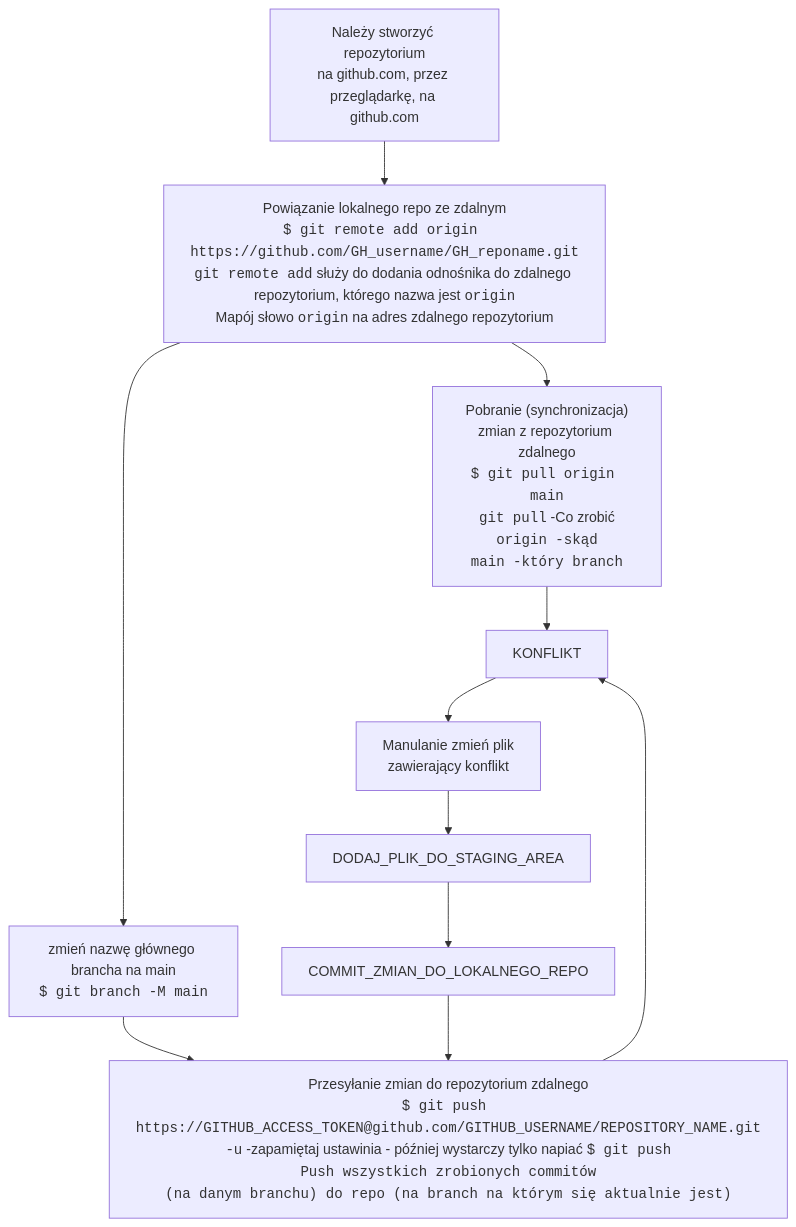
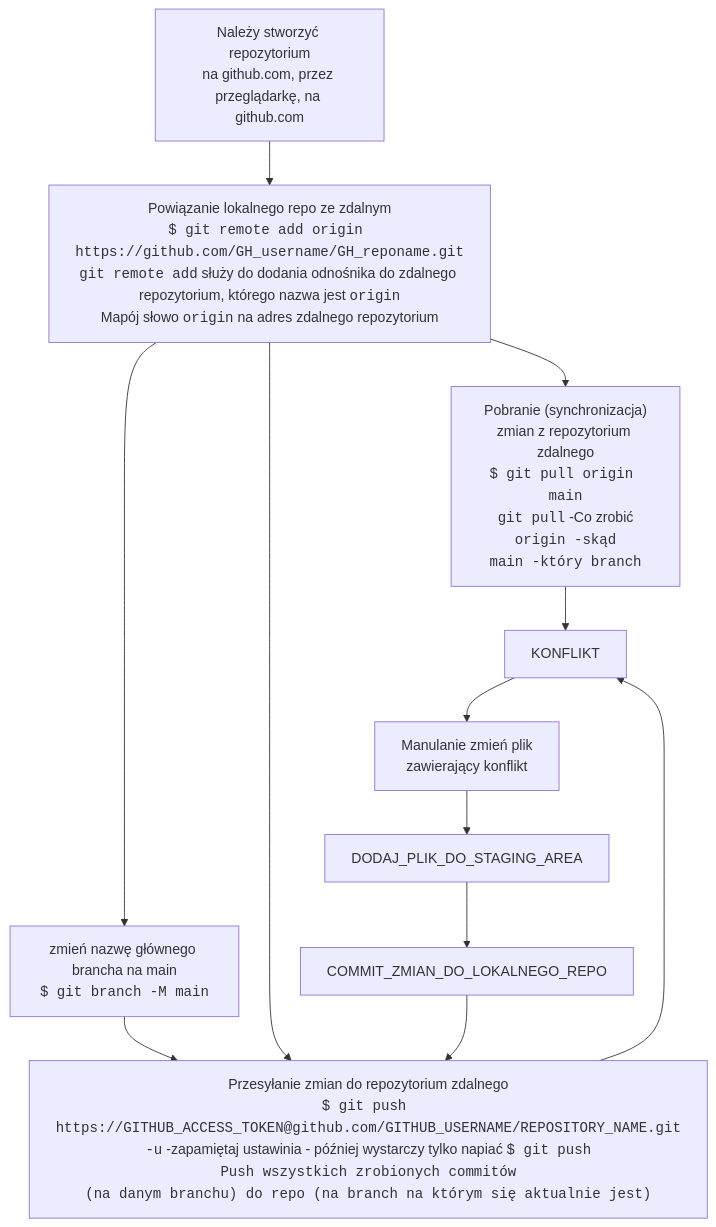
Before and after one commit to dankuc237/notatki: the second of 3 diagrams in git-graph.md, drawn with Mermaid.

Commit message:
uzupełnienie git-graph.md

````diff
--- a/git-graph.md
+++ b/git-graph.md
@@ -39,22 +39,23 @@
 ```mermaid
 graph TB
         STWORZ_REPO_NA_GH["Należy stworzyć repozytorium<br>na github.com, przez przeglądarkę, na github.com"]
         POWIAZ_LOKALNE_I_ZDALNE_REPO["Powiązanie lokalnego repo ze zdalnym<br><code>$ git remote add origin https://github.com/GH_username/GH_reponame.git</code><br><code>git remote add</code> służy do dodania odnośnika do zdalnego repozytorium, którego nazwa jest <code>origin</code><br>Mapój słowo <code>origin</code> na adres zdalnego repozytorium"]
         PUSH_DO_GITHUB["Przesyłanie zmian do repozytorium zdalnego<br><code>$ git push https://GITHUB_ACCESS_TOKEN@github.com/GITHUB_USERNAME/REPOSITORY_NAME.git</code><br><code>-u</code> -zapamiętaj ustawinia - później wystarczy tylko napiać <code>$ git push<code><br>Push wszystkich zrobionych commitów<br>(na danym branchu) do repo (na branch na którym się aktualnie jest)"]
         ZMIEN_NAZWE_BRANCH_NA_MAIN["zmień nazwę głównego brancha na main<br><code>$ git branch -M main</code>"]
         UPDATE_LOKALNEGO_REPO_Z_GH["Pobranie (synchronizacja)<br>zmian z repozytorium zdalnego<br><code>$ git pull origin main</code><br><code>git pull</code> -Co zrobić<br><code>origin<code> -skąd<br><code>main</code> -który branch"]
         KONFLIKT
         KONFLIKT_RESOLVE["Manulanie zmień plik<br>zawierający konflikt"]
 
         POWIAZ_LOKALNE_I_ZDALNE_REPO --> UPDATE_LOKALNEGO_REPO_Z_GH
         POWIAZ_LOKALNE_I_ZDALNE_REPO --> ZMIEN_NAZWE_BRANCH_NA_MAIN
         ZMIEN_NAZWE_BRANCH_NA_MAIN --> PUSH_DO_GITHUB
+        POWIAZ_LOKALNE_I_ZDALNE_REPO --> PUSH_DO_GITHUB
         STWORZ_REPO_NA_GH --> POWIAZ_LOKALNE_I_ZDALNE_REPO
         COMMIT_ZMIAN_DO_LOKALNEGO_REPO --> PUSH_DO_GITHUB
         PUSH_DO_GITHUB --> KONFLIKT
         UPDATE_LOKALNEGO_REPO_Z_GH --> KONFLIKT
         KONFLIKT--> KONFLIKT_RESOLVE
         DODAJ_PLIK_DO_STAGING_AREA --> COMMIT_ZMIAN_DO_LOKALNEGO_REPO
         KONFLIKT_RESOLVE --> DODAJ_PLIK_DO_STAGING_AREA
 
 ```
````
